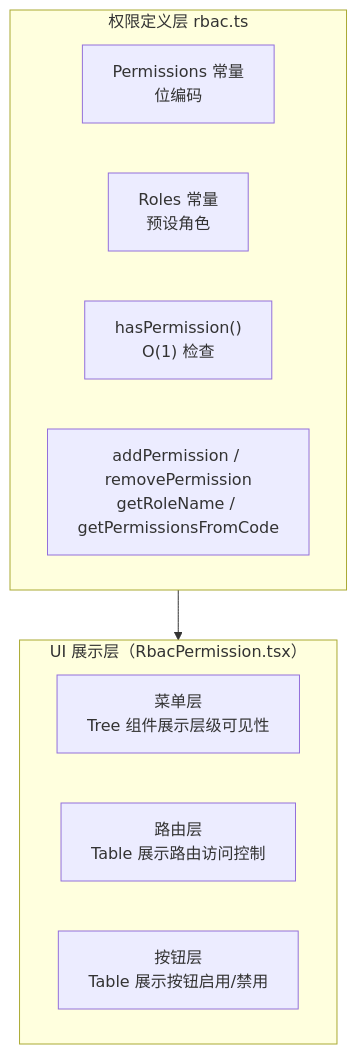
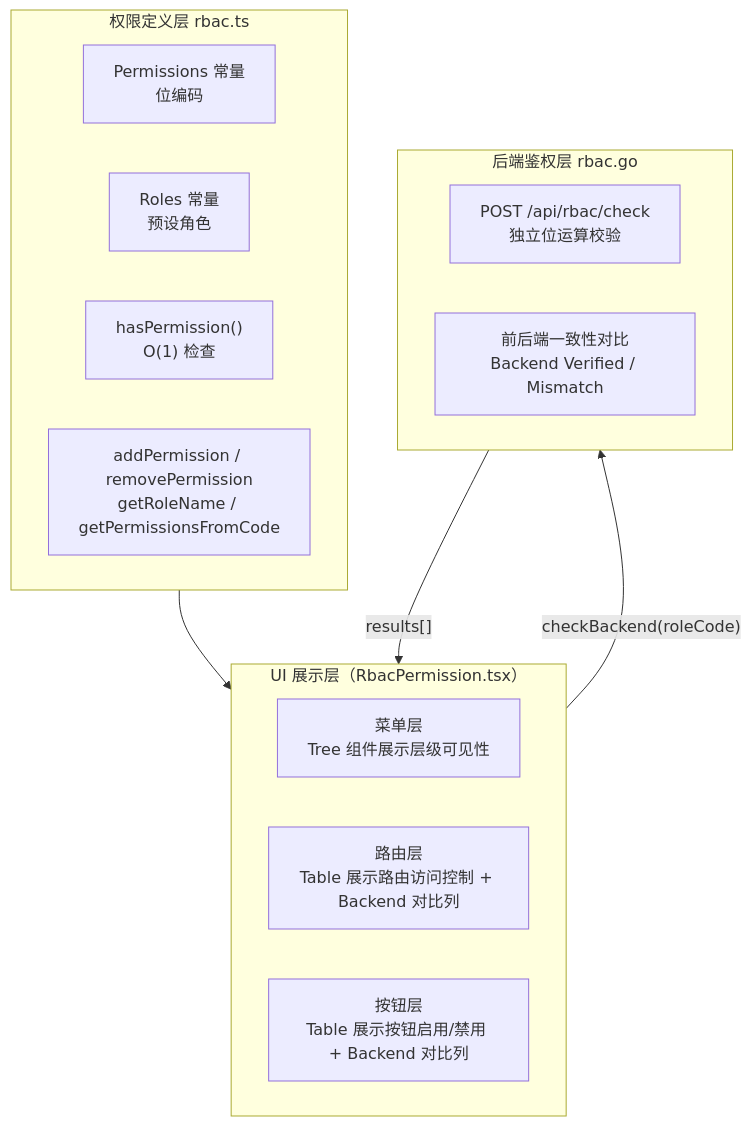
Diagram 18 of 46 in docs/面试亮点.md (KMaybe01/interview-demo), drawn with Mermaid before and after one commit. The commit also changed other lines of this file and 7 other files, not shown here.

````diff
--- a/docs/面试亮点.md
+++ b/docs/面试亮点.md
@@ -1853,17 +1894,24 @@
 ```mermaid
 graph TB
     subgraph DEF["权限定义层 rbac.ts"]
         PERM["Permissions 常量<br/>位编码"]
         ROLE["Roles 常量<br/>预设角色"]
         CHECK["hasPermission()<br/>O(1) 检查"]
         UTIL["addPermission / removePermission<br/>getRoleName / getPermissionsFromCode"]
     end
 
     subgraph UI["UI 展示层（RbacPermission.tsx）"]
         TREE["菜单层<br/>Tree 组件展示层级可见性"]
-        ROUTE["路由层<br/>Table 展示路由访问控制"]
-        BTN["按钮层<br/>Table 展示按钮启用/禁用"]
+        ROUTE["路由层<br/>Table 展示路由访问控制 + Backend 对比列"]
+        BTN["按钮层<br/>Table 展示按钮启用/禁用 + Backend 对比列"]
+    end
+
+    subgraph BACKEND["后端鉴权层 rbac.go"]
+        API["POST /api/rbac/check<br/>独立位运算校验"]
+        CONSISTENCY["前后端一致性对比<br/>Backend Verified / Mismatch"]
     end
 
     DEF --> UI
+    UI -->|"checkBackend(roleCode)"| BACKEND
+    BACKEND -->|"results[]"| UI
 ```
````
